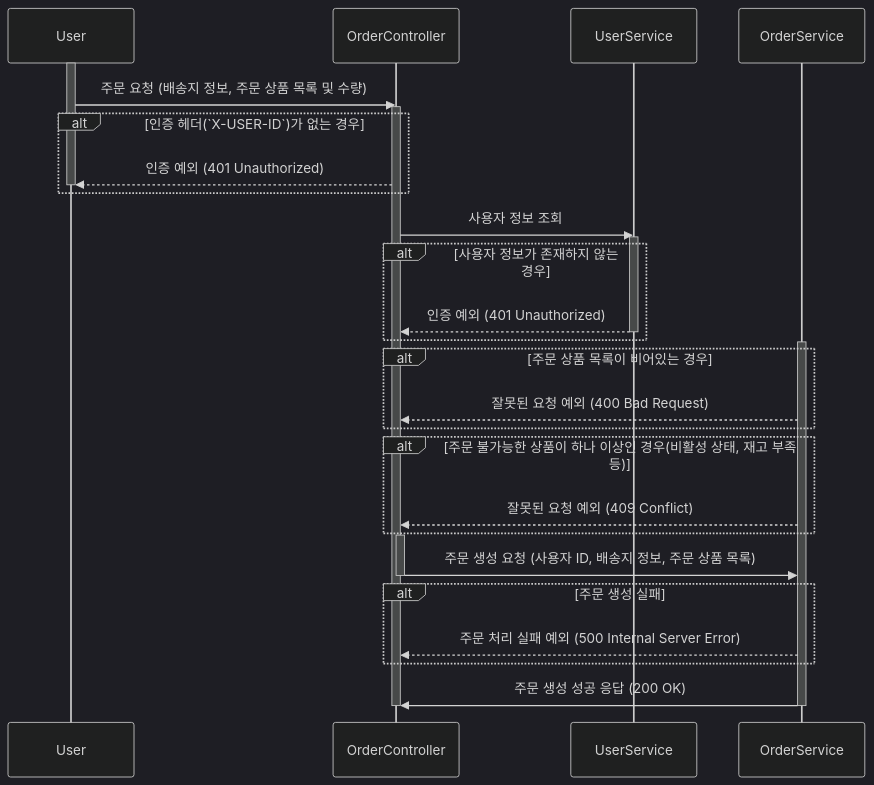
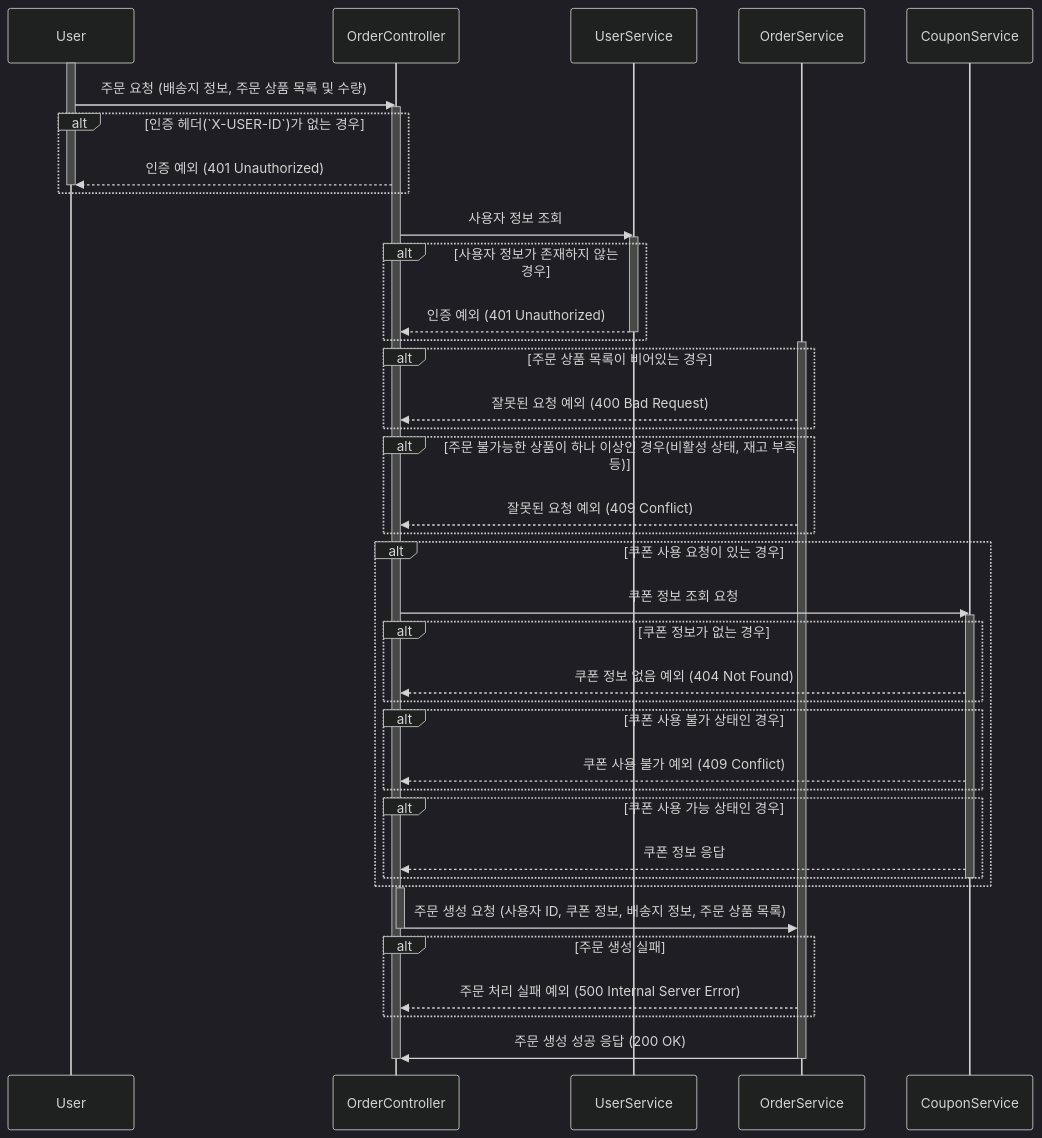
Before and after one commit to kiekk/gamsung-commerce: the first of 4 diagrams in docs/design/02-sequence-diagrams/order_payment_v2.md, drawn with Mermaid (dark theme). The commit also changed 2 other files, not shown here.

Commit message:
docs: 쿠폰 시퀀스 다이어그램 추가
* 주문에도 쿠폰에 대한 내용 추가

````diff
--- a/docs/design/02-sequence-diagrams/order_payment_v2.md
+++ b/docs/design/02-sequence-diagrams/order_payment_v2.md
@@ -11,36 +11,51 @@
 ```mermaid
 sequenceDiagram
     participant User
     participant OrderController
     participant UserService
     participant OrderService
+    participant CouponService
     activate User
     User ->> OrderController: 주문 요청 (배송지 정보, 주문 상품 목록 및 수량)
     activate OrderController
     alt 인증 헤더(`X-USER-ID`)가 없는 경우
         OrderController -->> User: 인증 예외 (401 Unauthorized)
         deactivate User
     end
     OrderController ->> UserService: 사용자 정보 조회
     activate UserService
     alt 사용자 정보가 존재하지 않는 경우
         UserService -->> OrderController: 인증 예외 (401 Unauthorized)
         deactivate UserService
     end
     activate OrderService
     alt 주문 상품 목록이 비어있는 경우
         OrderService -->> OrderController: 잘못된 요청 예외 (400 Bad Request)
     end
     alt 주문 불가능한 상품이 하나 이상인 경우(비활성 상태, 재고 부족 등)
         OrderService -->> OrderController: 잘못된 요청 예외 (409 Conflict)
     end
+    alt 쿠폰 사용 요청이 있는 경우
+        OrderController ->> CouponService: 쿠폰 정보 조회 요청
+        activate CouponService
+        alt 쿠폰 정보가 없는 경우
+            CouponService -->> OrderController: 쿠폰 정보 없음 예외 (404 Not Found)
+        end
+        alt 쿠폰 사용 불가 상태인 경우
+            CouponService -->> OrderController: 쿠폰 사용 불가 예외 (409 Conflict)
+        end
+        alt 쿠폰 사용 가능 상태인 경우
+            CouponService -->> OrderController: 쿠폰 정보 응답
+        end
+        deactivate CouponService
+    end
     activate OrderController
-    OrderController ->> OrderService: 주문 생성 요청 (사용자 ID, 배송지 정보, 주문 상품 목록)
+    OrderController ->> OrderService: 주문 생성 요청 (사용자 ID, 쿠폰 정보, 배송지 정보, 주문 상품 목록)
     deactivate OrderController
     alt 주문 생성 실패
         OrderService -->> OrderController: 주문 처리 실패 예외 (500 Internal Server Error)
     end
     OrderService ->> OrderController: 주문 생성 성공 응답 (200 OK)
     deactivate OrderService
     deactivate OrderController
 ```
````
